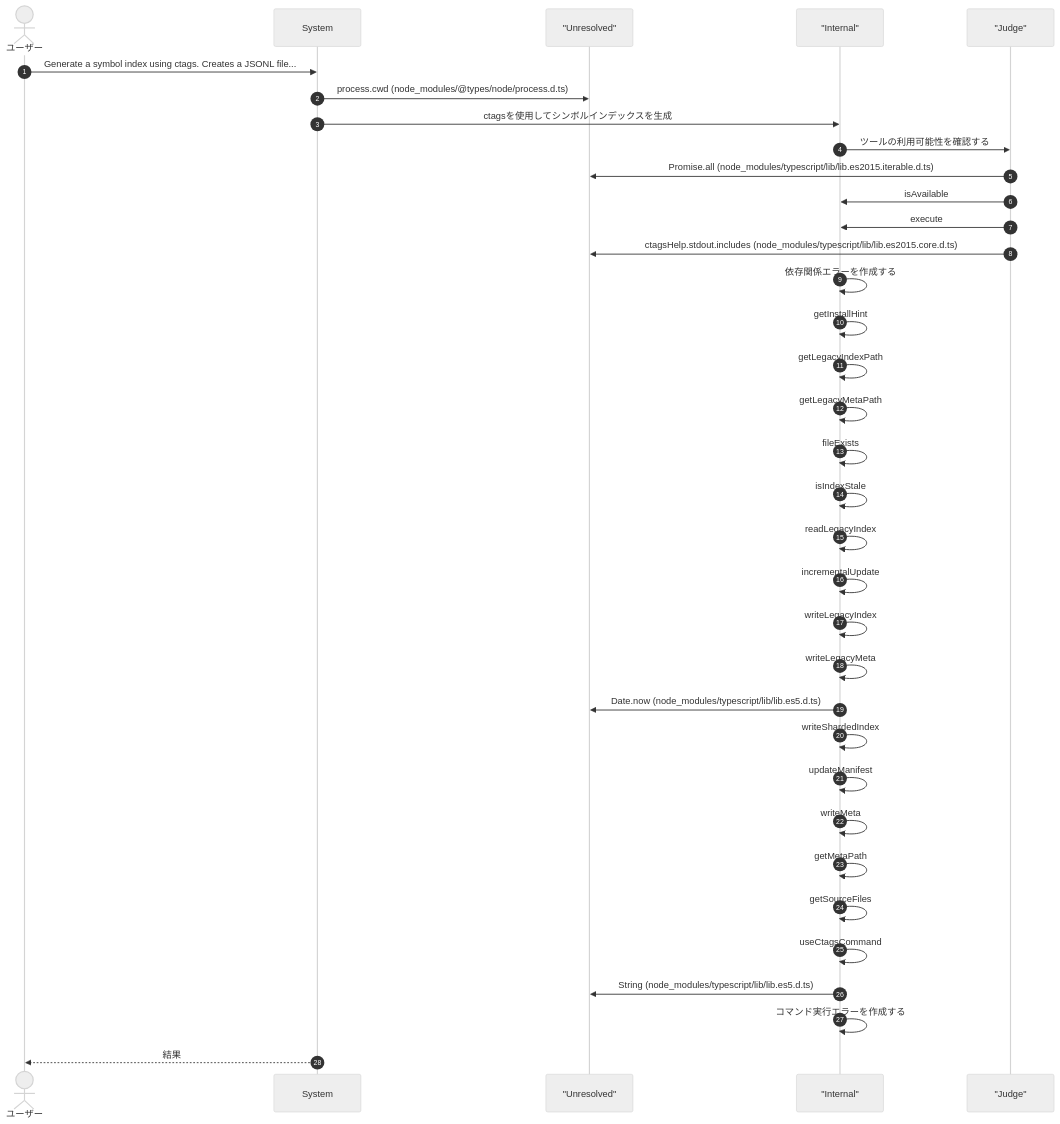
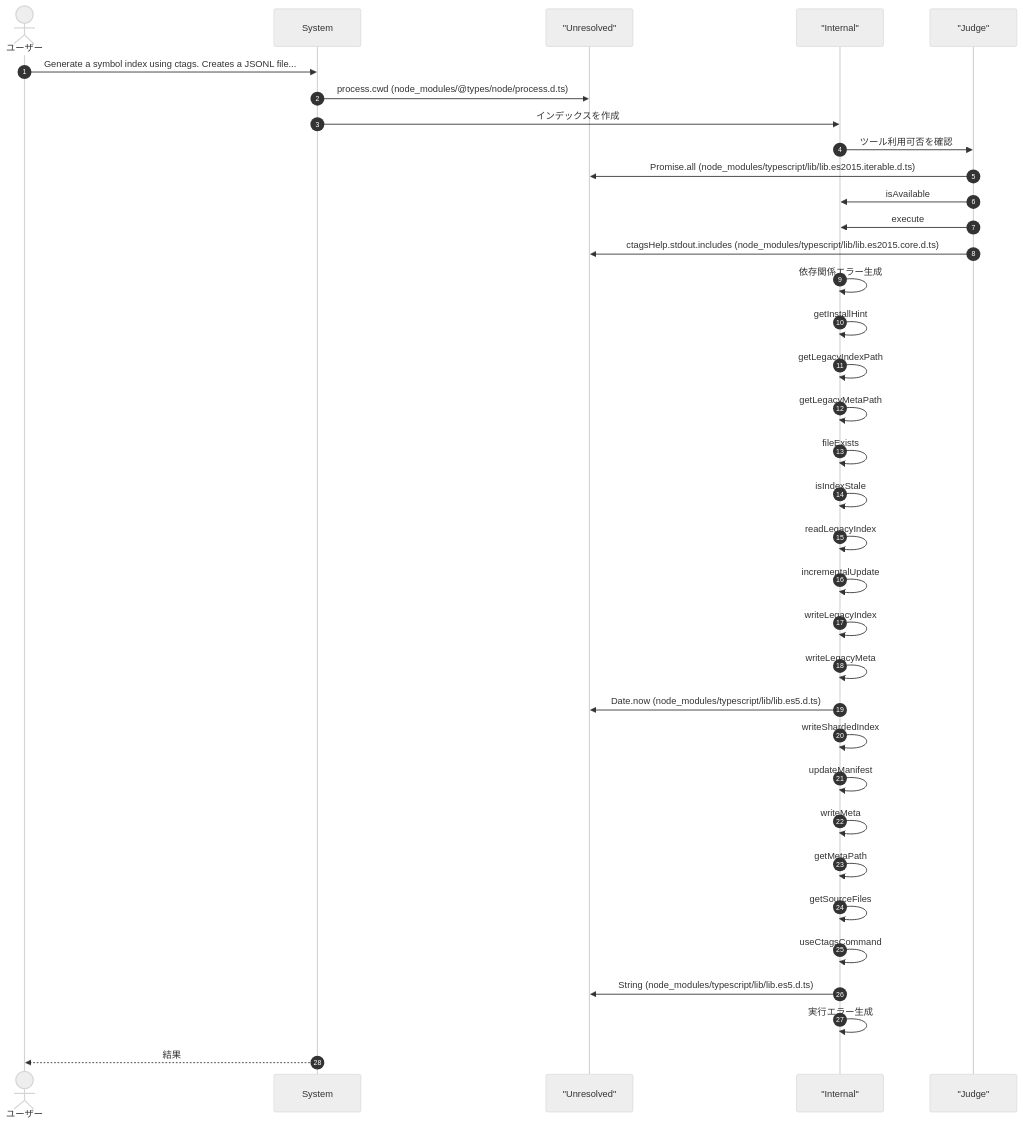
One commit to Mekann2904/mekann changed the third of 10 diagrams in ABDD/.pi/extensions/search/index.md. Above: the diagram before and after it, drawn with Mermaid (neutral theme). The commit also changed other lines of this file and 212 other files, not shown here.

````diff
--- a/ABDD/.pi/extensions/search/index.md
+++ b/ABDD/.pi/extensions/search/index.md
@@ -148,39 +148,39 @@
 ```mermaid
 sequenceDiagram
   autonumber
   actor User as ユーザー
   participant System as System
   participant Unresolved as "Unresolved"
   participant Internal as "Internal"
   participant Judge as "Judge"
 
   User->>System: Generate a symbol index using ctags. Creates a JSONL file...
   System->>Unresolved: process.cwd (node_modules/@types/node/process.d.ts)
-  System->>Internal: ctagsを使用してシンボルインデックスを生成
-  Internal->>Judge: ツールの利用可能性を確認する
+  System->>Internal: インデックスを作成
+  Internal->>Judge: ツール利用可否を確認
   Judge->>Unresolved: Promise.all (node_modules/typescript/lib/lib.es2015.iterable.d.ts)
   Judge->>Internal: isAvailable
   Judge->>Internal: execute
   Judge->>Unresolved: ctagsHelp.stdout.includes (node_modules/typescript/lib/lib.es2015.core.d.ts)
-  Internal->>Internal: 依存関係エラーを作成する
+  Internal->>Internal: 依存関係エラー生成
   Internal->>Internal: getInstallHint
   Internal->>Internal: getLegacyIndexPath
   Internal->>Internal: getLegacyMetaPath
   Internal->>Internal: fileExists
   Internal->>Internal: isIndexStale
   Internal->>Internal: readLegacyIndex
   Internal->>Internal: incrementalUpdate
   Internal->>Internal: writeLegacyIndex
   Internal->>Internal: writeLegacyMeta
   Internal->>Unresolved: Date.now (node_modules/typescript/lib/lib.es5.d.ts)
   Internal->>Internal: writeShardedIndex
   Internal->>Internal: updateManifest
   Internal->>Internal: writeMeta
   Internal->>Internal: getMetaPath
   Internal->>Internal: getSourceFiles
   Internal->>Internal: useCtagsCommand
   Internal->>Unresolved: String (node_modules/typescript/lib/lib.es5.d.ts)
-  Internal->>Internal: コマンド実行エラーを作成する
+  Internal->>Internal: 実行エラー生成
   System-->>User: 結果
 
 ```
````
